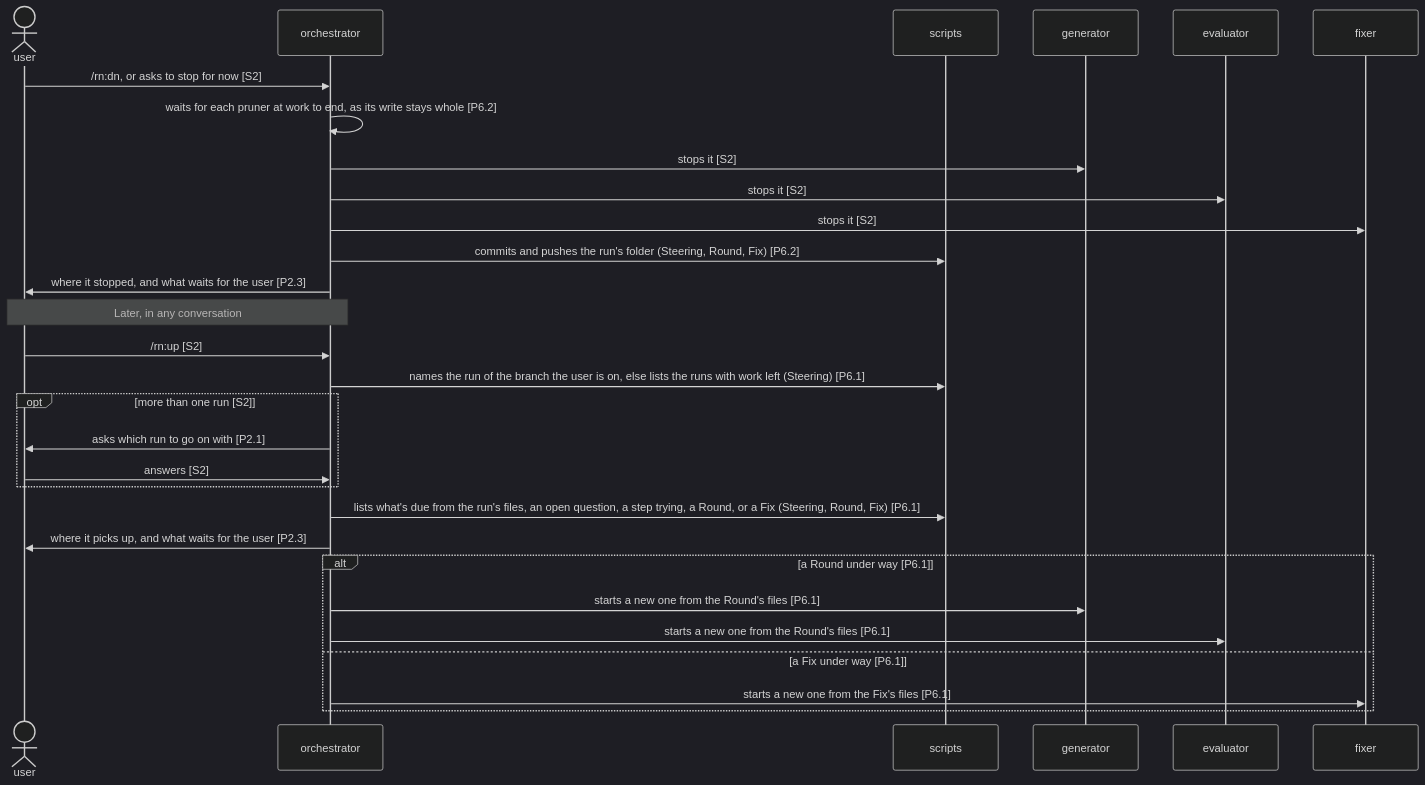
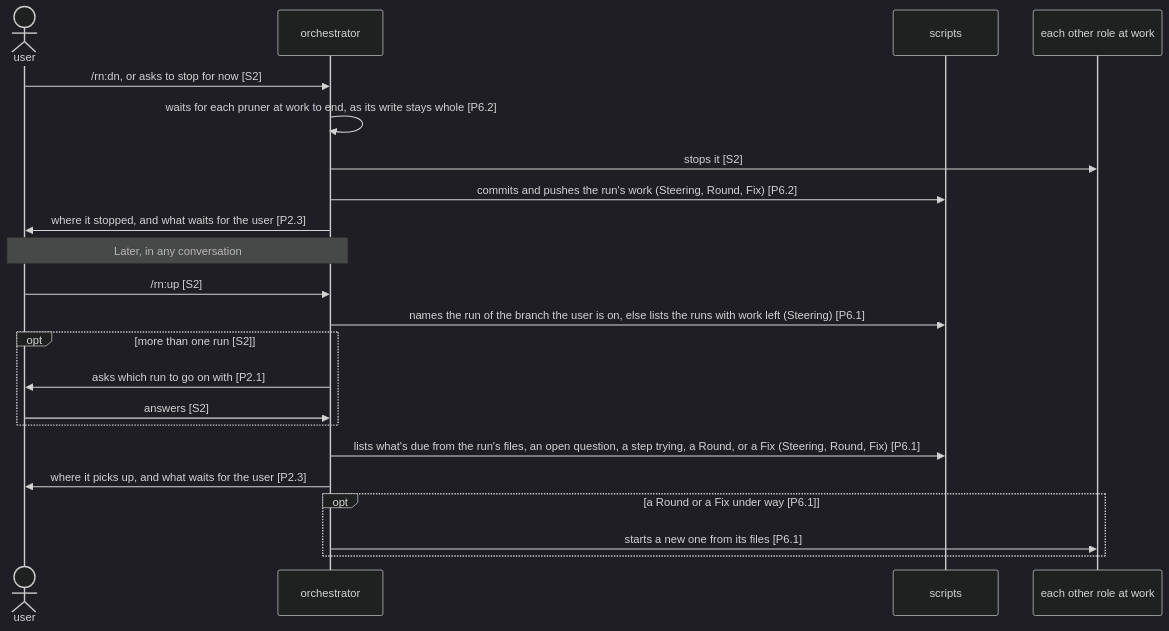
Before and after one commit to lovaizu/ccpm: the second of 3 diagrams in dev/rn/architecture.md, drawn with Mermaid (dark theme). The commit also changed other lines of this file and 1 other file, not shown here.

First line of the commit message:
rn: bring the architecture to the zero-based review

````diff
--- a/dev/rn/architecture.md
+++ b/dev/rn/architecture.md
@@ -297,31 +307,24 @@
 ```mermaid
 sequenceDiagram
   actor U as user
   participant O as orchestrator
   participant S as scripts
-  participant G as generator
-  participant E as evaluator
-  participant F as fixer
+  participant W as each other role at work
   U->>O: /rn:dn, or asks to stop for now [S2]
   O->>O: waits for each pruner at work to end, as its write stays whole [P6.2]
-  O->>G: stops it [S2]
-  O->>E: stops it [S2]
-  O->>F: stops it [S2]
-  O->>S: commits and pushes the run's folder (Steering, Round, Fix) [P6.2]
+  O->>W: stops it [S2]
+  O->>S: commits and pushes the run's work (Steering, Round, Fix) [P6.2]
   O->>U: where it stopped, and what waits for the user [P2.3]
   Note over U,O: Later, in any conversation
   U->>O: /rn:up [S2]
   O->>S: names the run of the branch the user is on, else lists the runs with work left (Steering) [P6.1]
   opt more than one run [S2]
     O->>U: asks which run to go on with [P2.1]
     U->>O: answers [S2]
   end
   O->>S: lists what's due from the run's files, an open question, a step trying, a Round, or a Fix (Steering, Round, Fix) [P6.1]
   O->>U: where it picks up, and what waits for the user [P2.3]
-  alt a Round under way [P6.1]
-    O->>G: starts a new one from the Round's files [P6.1]
-    O->>E: starts a new one from the Round's files [P6.1]
-  else a Fix under way [P6.1]
-    O->>F: starts a new one from the Fix's files [P6.1]
+  opt a Round or a Fix under way [P6.1]
+    O->>W: starts a new one from its files [P6.1]
   end
 ```
````
